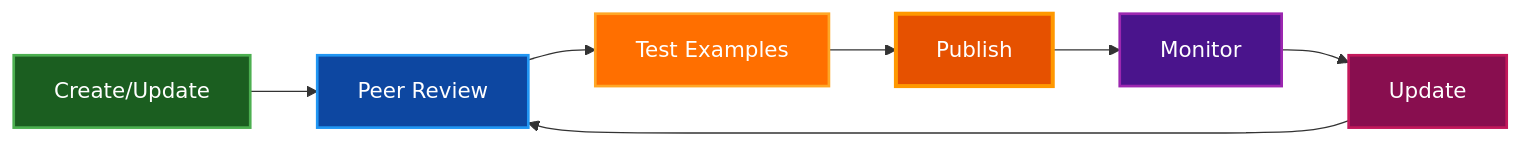
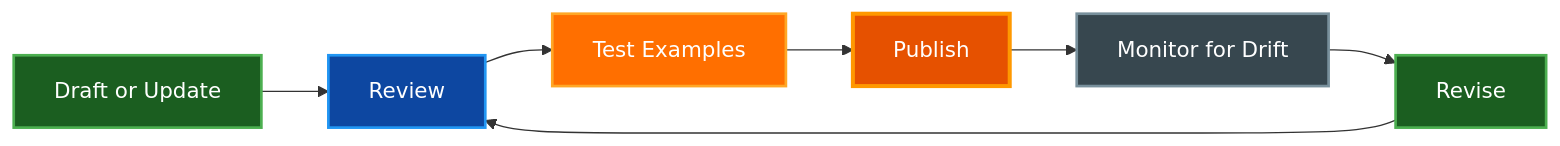
One commit to paulrobello/par-term-emu-tui-rust changed the third of 3 diagrams in docs/DOCUMENTATION_STYLE_GUIDE.md. Above: the diagram before and after it, drawn with Mermaid. The commit also changed other lines of this file and 3 other files, not shown here.

````diff
--- a/docs/DOCUMENTATION_STYLE_GUIDE.md
+++ b/docs/DOCUMENTATION_STYLE_GUIDE.md
@@ -752,23 +507,29 @@
 ```mermaid
 graph LR
-    Create[Create/Update]
-    Review[Peer Review]
+    Draft[Draft or Update]
+    Review[Review]
     Test[Test Examples]
     Publish[Publish]
-    Monitor[Monitor]
-    Update[Update]
+    Monitor[Monitor for Drift]
+    Revise[Revise]
 
-    Create --> Review
+    Draft --> Review
     Review --> Test
     Test --> Publish
     Publish --> Monitor
-    Monitor --> Update
-    Update --> Review
+    Monitor --> Revise
+    Revise --> Review
 
-    style Create fill:#1b5e20,stroke:#4caf50,stroke-width:2px,color:#ffffff
-    style Review fill:#0d47a1,stroke:#2196f3,stroke-width:2px,color:#ffffff
-    style Test fill:#ff6f00,stroke:#ffa726,stroke-width:2px,color:#ffffff
-    style Publish fill:#e65100,stroke:#ff9800,stroke-width:3px,color:#ffffff
-    style Monitor fill:#4a148c,stroke:#9c27b0,stroke-width:2px,color:#ffffff
-    style Update fill:#880e4f,stroke:#c2185b,stroke-width:2px,color:#ffffff
+    class Draft active
+    class Review info
+    class Test warning
+    class Publish primary
+    class Monitor neutral
+    class Revise active
+
+    classDef primary fill:#e65100,stroke:#ff9800,stroke-width:3px,color:#ffffff
+    classDef active fill:#1b5e20,stroke:#4caf50,stroke-width:2px,color:#ffffff
+    classDef warning fill:#ff6f00,stroke:#ffa726,stroke-width:2px,color:#ffffff
+    classDef info fill:#0d47a1,stroke:#2196f3,stroke-width:2px,color:#ffffff
+    classDef neutral fill:#37474f,stroke:#78909c,stroke-width:2px,color:#ffffff
 ```
````
